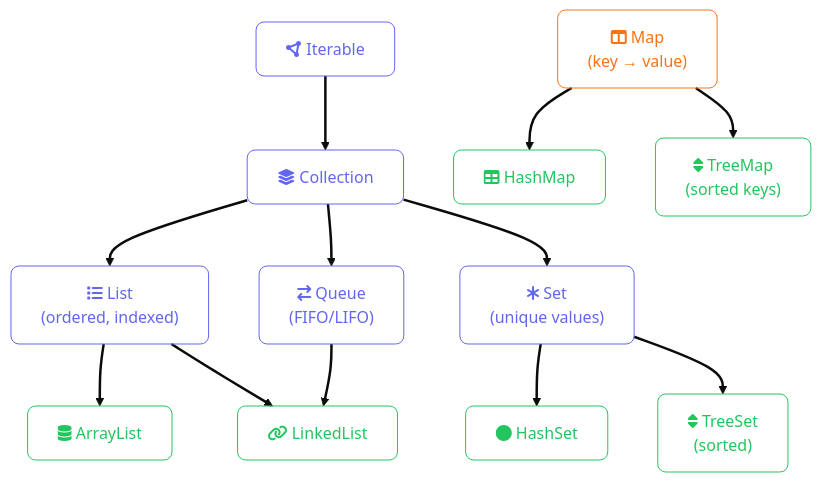
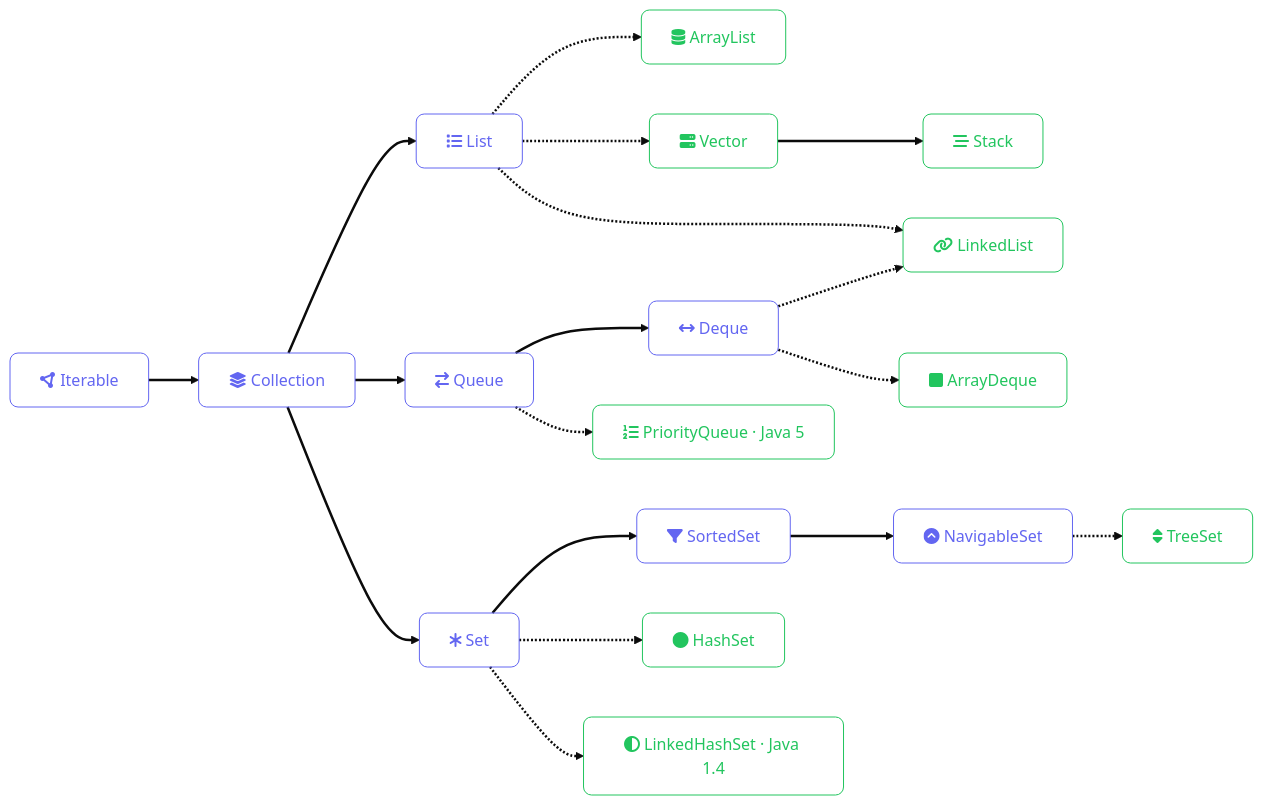
The first of 2 diagrams in src/content/programming/java/05-collections.mdx (zafarale/cloudification), drawn with Mermaid (base theme) before and after one commit. The commit also changed other lines of this file and 54 other files, not shown here.

````diff
--- a/src/content/programming/java/05-collections.mdx
+++ b/src/content/programming/java/05-collections.mdx
@@ -26,31 +26,40 @@
 ```mermaid
-flowchart TD
+flowchart LR
     accTitle: Java Collections Framework Hierarchy
-    accDescr: Inheritance hierarchy showing Iterable at the top, then Collection, branching into List, Set, and Queue interfaces. List is implemented by ArrayList and LinkedList. Set is implemented by HashSet and TreeSet (sorted). Queue is also implemented by LinkedList. The Map interface is separate, implemented by HashMap and TreeMap (sorted).
+    accDescr: Iterable at top, Collection extends it, branching into List, Queue, and Set interfaces. List is implemented by ArrayList, Vector, and LinkedList. Vector is extended by Stack. Queue is extended by the Deque interface; PriorityQueue implements Queue. ArrayDeque and LinkedList both implement Deque. Set is extended by SortedSet, which is extended by NavigableSet. HashSet and LinkedHashSet implement Set directly. TreeSet implements NavigableSet.
     classDef iface fill:none,stroke:#6366f1,color:#6366f1,rx:8,ry:8
-    classDef impl  fill:none,stroke:#22c55e,color:#22c55e,rx:8,ry:8
-    classDef mapif fill:none,stroke:#f97316,color:#f97316,rx:8,ry:8
+    classDef leaf  fill:none,stroke:#22c55e,color:#22c55e,rx:8,ry:8
     linkStyle default stroke-width:2.5px
 
     ITER["fa:fa-circle-nodes Iterable"]:::iface
     COLL["fa:fa-layer-group Collection"]:::iface
-    LIST["fa:fa-list List<br/>(ordered, indexed)"]:::iface
-    SET["fa:fa-asterisk Set<br/>(unique values)"]:::iface
-    QUEUE["fa:fa-arrow-right-arrow-left Queue<br/>(FIFO/LIFO)"]:::iface
+    LIST["fa:fa-list List"]:::iface
+    QUEUE["fa:fa-arrow-right-arrow-left Queue"]:::iface
+    SET["fa:fa-asterisk Set"]:::iface
+    DEQUE["fa:fa-arrows-left-right Deque"]:::iface
+    SSET["fa:fa-filter SortedSet"]:::iface
+    NSET["fa:fa-circle-chevron-up NavigableSet"]:::iface
 
-    MAP["fa:fa-table-columns Map<br/>(key → value)"]:::mapif
-
-    AL["fa:fa-database ArrayList"]:::impl
-    LL["fa:fa-link LinkedList"]:::impl
-    HS["fa:fa-circle HashSet"]:::impl
-    TS["fa:fa-sort TreeSet<br/>(sorted)"]:::impl
-    HM["fa:fa-table HashMap"]:::impl
-    TM["fa:fa-sort TreeMap<br/>(sorted keys)"]:::impl
+    AL["fa:fa-database ArrayList"]:::leaf
+    VEC["fa:fa-server Vector"]:::leaf
+    STACK["fa:fa-bars-staggered Stack"]:::leaf
+    LL["fa:fa-link LinkedList"]:::leaf
+    PQ["fa:fa-list-ol PriorityQueue · Java 5"]:::leaf
+    AD["fa:fa-square ArrayDeque"]:::leaf
+    HS["fa:fa-circle HashSet"]:::leaf
+    LHS["fa:fa-circle-half-stroke LinkedHashSet · Java 1.4"]:::leaf
+    TS["fa:fa-sort TreeSet"]:::leaf
 
     ITER --> COLL
-    COLL --> LIST & SET & QUEUE
-    LIST --> AL & LL
-    SET --> HS & TS
-    QUEUE --> LL
-    MAP --> HM & TM
+    COLL --> LIST & QUEUE & SET
+    QUEUE --> DEQUE
+    SET --> SSET
+    SSET --> NSET
+    VEC --> STACK
+
+    LIST -.-> AL & VEC & LL
+    QUEUE -.-> PQ
+    DEQUE -.-> LL & AD
+    SET -.-> HS & LHS
+    NSET -.-> TS
 ```
````
